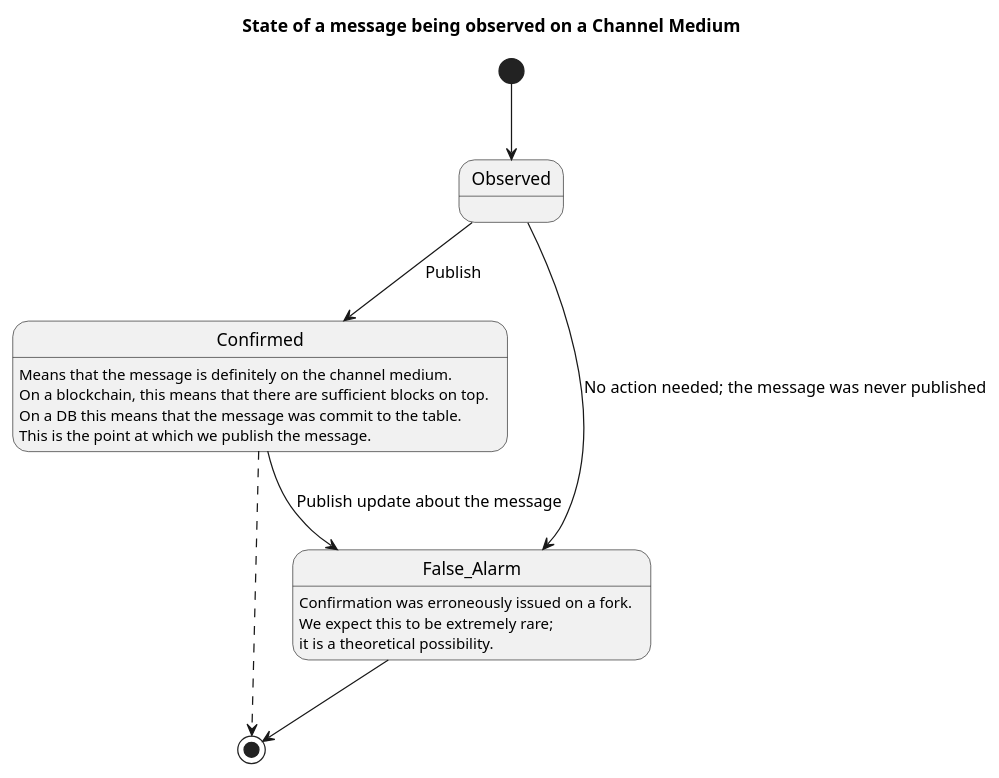
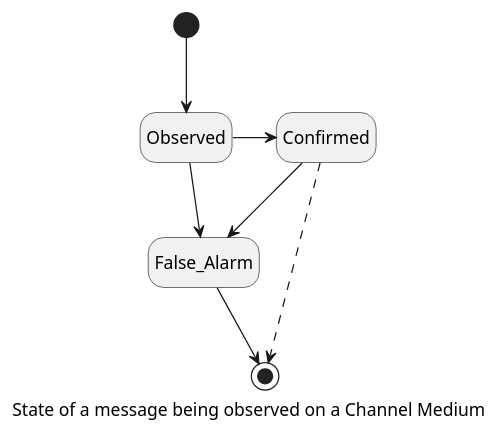
The fifth of 6 diagrams in docs/channel_api.rst (trustbridge/intergov), drawn with PlantUML before and after one commit. The commit also changed other lines of this file and 3 other files, not shown here.

Commit message:
Pushing mostly good doco about the channel api and removing other still WIP notes and diagrams

```diff
--- a/docs/channel_api.rst
+++ b/docs/channel_api.rst
@@ -202,14 +207,13 @@
 .. uml::
 
    @startuml
-   title State of a message being observed on a Channel Medium
+   hide empty description
+   caption State of a message being observed on a Channel Medium
 
    [*] --> Observed
-   Observed --> Confirmed : Publish
-   Confirmed : Means that the message is definitely on the channel medium.\nOn a blockchain, this means that there are sufficient blocks on top.\nOn a DB this means that the message was commit to the table.\nThis is the point at which we publish the message.
-   Observed --> False_Alarm : No action needed; the message was never published
-   Confirmed --> False_Alarm : Publish update about the message
-   False_Alarm : Confirmation was erroneously issued on a fork.\nWe expect this to be extremely rare; \nit is a theoretical possibility.
+   Observed -right-> Confirmed
+   Observed --> False_Alarm
+   Confirmed --> False_Alarm
    False_Alarm --> [*]
    Confirmed -[dashed]-> [*]
    @enduml
```
